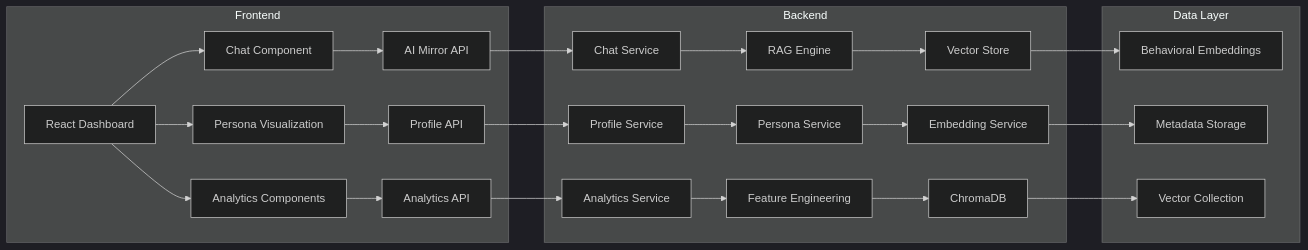
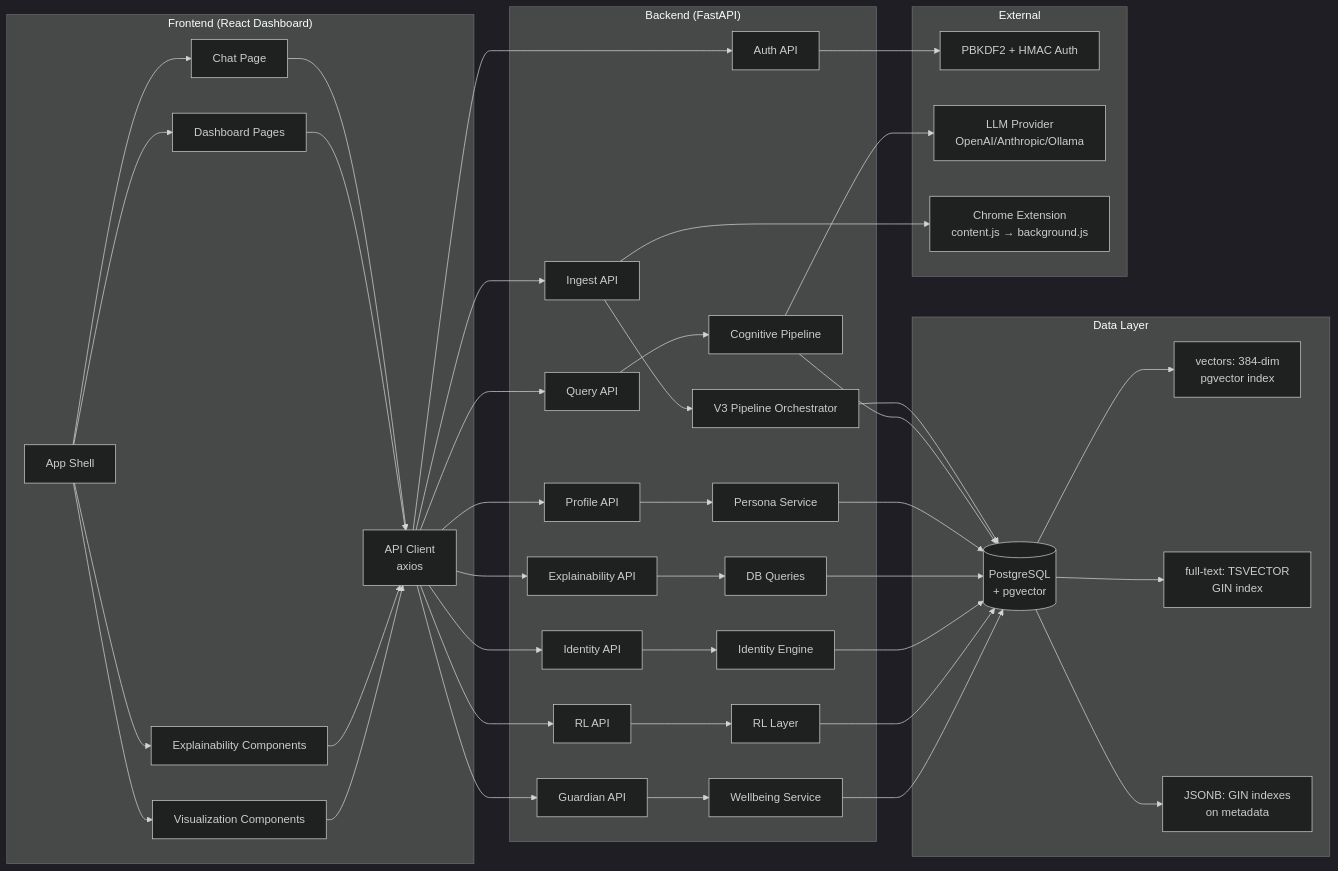
One commit to cnniranjan72/AI-Mirror changed the fifth of 15 diagrams in README.md. Above: the diagram before and after it, drawn with Mermaid (dark theme). The commit also changed other lines of this file, not shown here.

````diff
--- a/README.md
+++ b/README.md
@@ -90,29 +270,53 @@
 ```mermaid
 graph LR
-    subgraph "Frontend"
-        A[React Dashboard] --> B[Chat Component]
-        A --> C[Analytics Components]
-        A --> D[Persona Visualization]
-        B --> E[AI Mirror API]
-        C --> F[Analytics API]
-        D --> G[Profile API]
+    subgraph "Frontend (React Dashboard)"
+        A[App Shell] --> B[Chat Page]
+        A --> C[Dashboard Pages]
+        A --> D[Explainability Components]
+        A --> E[Visualization Components]
+
+        B --> F[API Client<br/>axios]
+        C --> F
+        D --> F
+        E --> F
     end
-    
-    subgraph "Backend"
-        E --> H[Chat Service]
-        F --> I[Analytics Service]
-        G --> J[Profile Service]
-        H --> K[RAG Engine]
-        I --> L[Feature Engineering]
-        J --> M[Persona Service]
-        K --> N[Vector Store]
-        L --> O[ChromaDB]
-        M --> P[Embedding Service]
+
+    subgraph "Backend (FastAPI)"
+        F --> G[Ingest API]
+        F --> H[Query API]
+        F --> I[Profile API]
+        F --> J[Explainability API]
+        F --> K[Identity API]
+        F --> L[RL API]
+        F --> M[Guardian API]
+        F --> N[Auth API]
+
+        G --> O[V3 Pipeline Orchestrator]
+        H --> P[Cognitive Pipeline]
+        I --> Q[Persona Service]
+        J --> R[DB Queries]
+        K --> S[Identity Engine]
+        L --> T[RL Layer]
+        M --> U[Wellbeing Service]
     end
-    
+
     subgraph "Data Layer"
-        N --> Q[Behavioral Embeddings]
-        P --> R[Metadata Storage]
-        O --> S[Vector Collection]
+        O --> V[(PostgreSQL<br/>+ pgvector)]
+        P --> V
+        Q --> V
+        R --> V
+        S --> V
+        T --> V
+        U --> V
+
+        V --> W[vectors: 384-dim<br/>pgvector index]
+        V --> X[full-text: TSVECTOR<br/>GIN index]
+        V --> Y[JSONB: GIN indexes<br/>on metadata]
+    end
+
+    subgraph "External"
+        N --> Z[PBKDF2 + HMAC Auth]
+        P --> AA[LLM Provider<br/>OpenAI/Anthropic/Ollama]
+        G --> AB[Chrome Extension<br/>content.js → background.js]
     end
 ```
````
